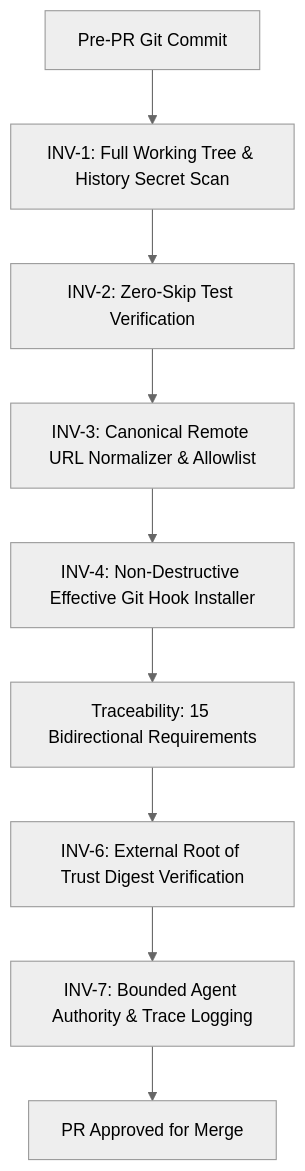
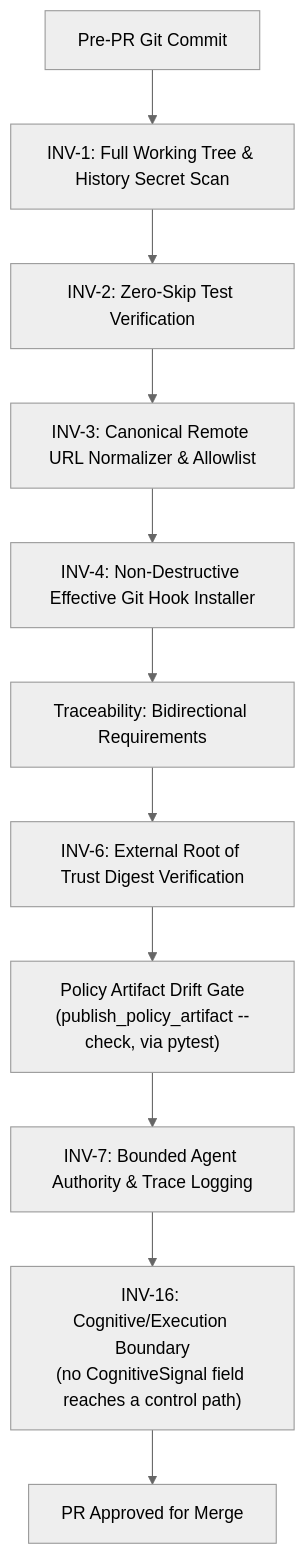
Before and after one commit to ianshank/Mango_Code_Agent-Harness: the fifth of 6 diagrams in harness/docs/C4_ARCHITECTURE.md, drawn with Mermaid (neutral theme). The commit also changed other lines of this file and 7 other files, not shown here.

````diff
--- a/harness/docs/C4_ARCHITECTURE.md
+++ b/harness/docs/C4_ARCHITECTURE.md
@@ -150,11 +166,13 @@
 ```mermaid
 flowchart TD
     Commit[Pre-PR Git Commit] --> Secrets[INV-1: Full Working Tree & History Secret Scan]
     Secrets --> ZeroSkip[INV-2: Zero-Skip Test Verification]
     ZeroSkip --> Remotes[INV-3: Canonical Remote URL Normalizer & Allowlist]
     Remotes --> Hooks[INV-4: Non-Destructive Effective Git Hook Installer]
-    Hooks --> SpecTrace[Traceability: 15 Bidirectional Requirements]
+    Hooks --> SpecTrace[Traceability: Bidirectional Requirements]
     SpecTrace --> Policy[INV-6: External Root of Trust Digest Verification]
-    Policy --> Delegation[INV-7: Bounded Agent Authority & Trace Logging]
-    Delegation --> Pass[PR Approved for Merge]
+    Policy --> ArtifactDrift["Policy Artifact Drift Gate<br/>(publish_policy_artifact --check, via pytest)"]
+    ArtifactDrift --> Delegation[INV-7: Bounded Agent Authority & Trace Logging]
+    Delegation --> Boundary["INV-16: Cognitive/Execution Boundary<br/>(no CognitiveSignal field reaches a control path)"]
+    Boundary --> Pass[PR Approved for Merge]
 ```
````
